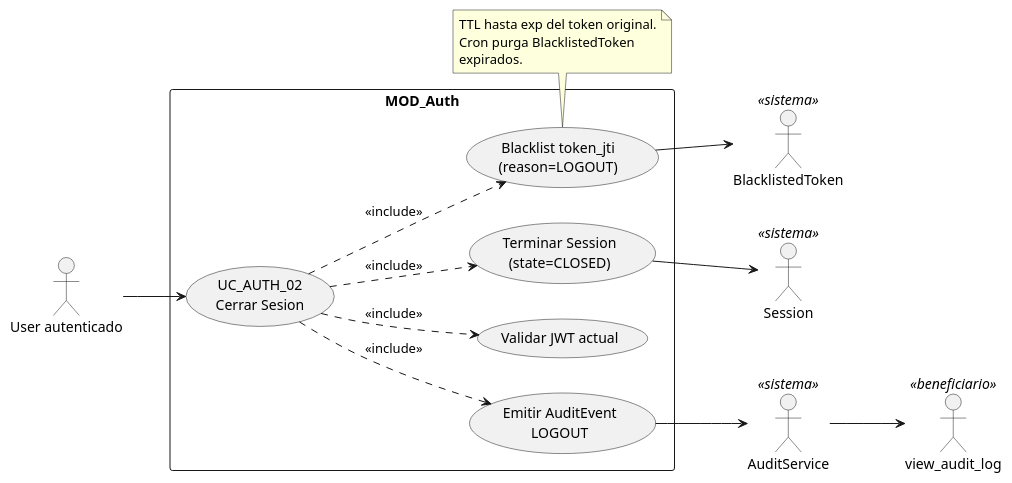
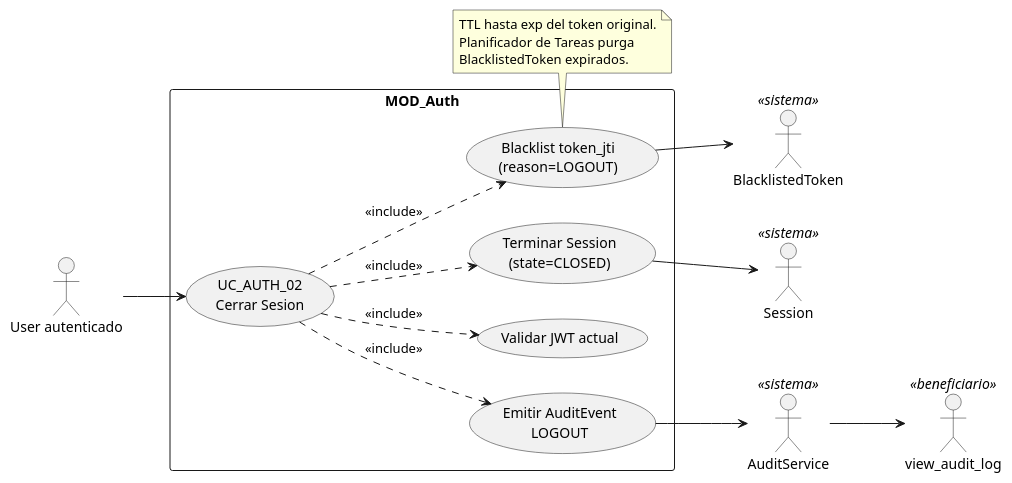
The diagram in source/arquitectura-tecnica/use-case-view/auth/uc-auth-02-cerrar-sesion.rst (jcg-admin/IACT-docs), drawn with PlantUML before and after one commit.

Commit message:
Apply STD-010 Cat-B in auth/uc-auth-02
T-022: 'Cron purga' -> 'Planificador de Tareas purga'.

Refs: T-022, STD-010 Cat-B

```diff
--- a/source/arquitectura-tecnica/use-case-view/auth/uc-auth-02-cerrar-sesion.rst
+++ b/source/arquitectura-tecnica/use-case-view/auth/uc-auth-02-cerrar-sesion.rst
@@ -25,40 +25,40 @@
 .. uml::
  :caption: UC_AUTH_02 — actores y casos asociados.
 
  @startuml
 
  left to right direction
 
  actor "User autenticado" as User_autenticado
  actor "view_audit_log" as view_audit_log <<beneficiario>>
  actor "Session" as Session <<sistema>>
  actor "BlacklistedToken" as BlacklistedToken <<sistema>>
  actor "AuditService" as AuditService <<sistema>>
 
  rectangle "MOD_Auth" {
    usecase "UC_AUTH_02\nCerrar Sesion" as UC_AUTH_02
    usecase "Validar JWT actual" as VALIDAR_JWT
    usecase "Blacklist token_jti\n(reason=LOGOUT)" as BLACKLIST
    usecase "Terminar Session\n(state=CLOSED)" as TERMINAR
    usecase "Emitir AuditEvent\nLOGOUT" as AUDITAR
  }
 
  User_autenticado --> UC_AUTH_02
 
  UC_AUTH_02 ..> VALIDAR_JWT : <<include>>
  UC_AUTH_02 ..> BLACKLIST : <<include>>
  UC_AUTH_02 ..> TERMINAR : <<include>>
  UC_AUTH_02 ..> AUDITAR : <<include>>
 
  BLACKLIST --> BlacklistedToken
  TERMINAR --> Session
  AUDITAR --> AuditService
  AuditService --> view_audit_log
 
  note bottom of BLACKLIST
    TTL hasta exp del token original.
-   Cron purga BlacklistedToken
-   expirados.
+   Planificador de Tareas purga
+   BlacklistedToken expirados.
  end note
 
  @enduml
```
